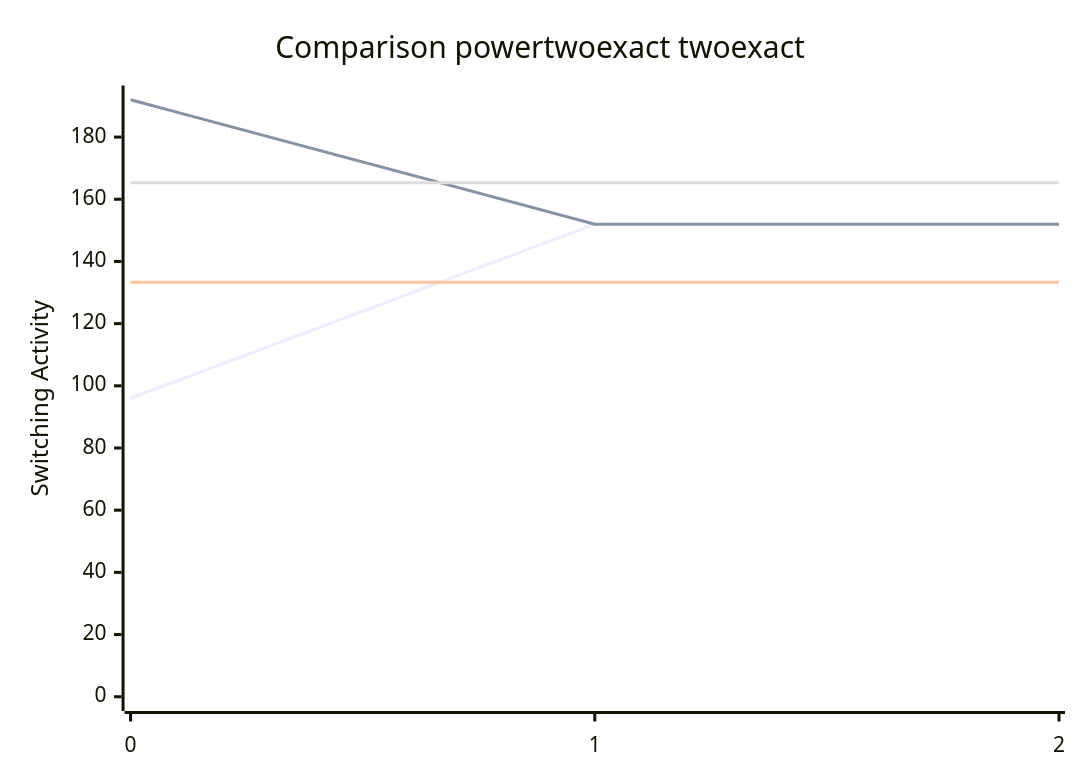
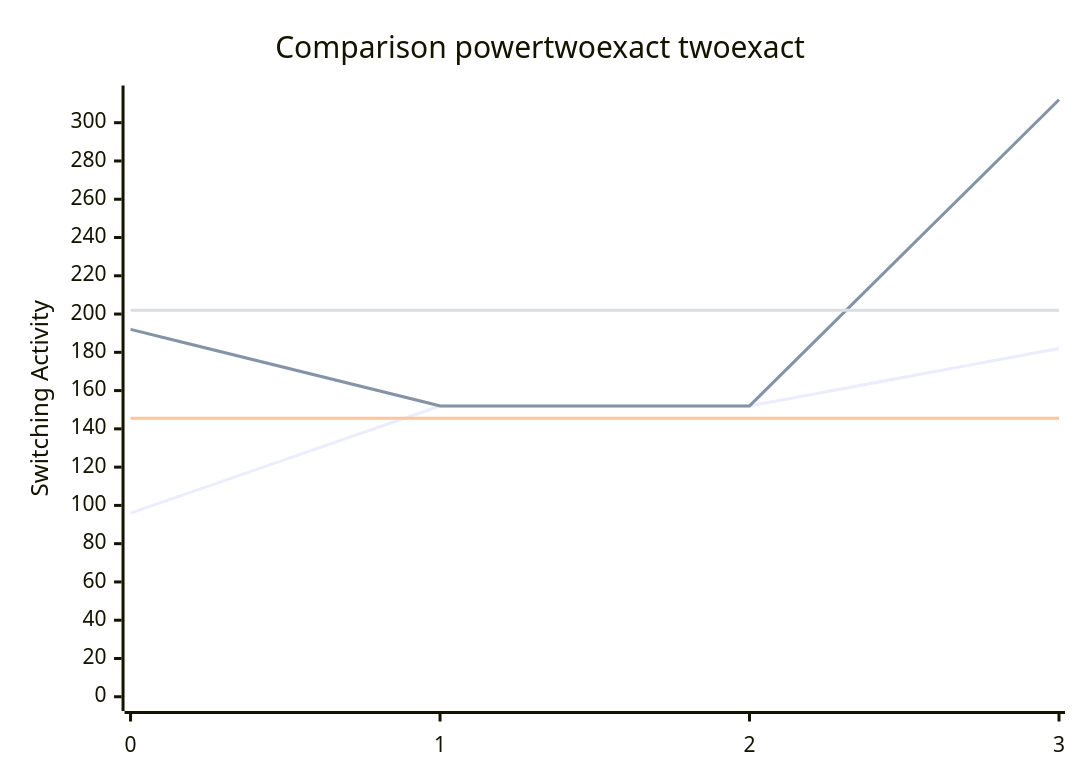
The diagram in benchmark.md (FeldmeierMichael/Exact-Power-Synthesis), drawn with Mermaid before and after one commit. The commit also changed other lines of this file and 2 other files, not shown here.

````diff
--- a/benchmark.md
+++ b/benchmark.md
@@ -17,10 +19,10 @@
 ```mermaid
 xychart-beta
     title "Comparison powertwoexact twoexact"
-    x-axis [0, 1, 2]
-    y-axis "Switching Activity" 0-->192
-    line [96, 152, 152]
-    line [192, 152, 152]
-    line [133.33333333333334, 133.33333333333334, 133.33333333333334]
-    line [165.33333333333334, 165.33333333333334, 165.33333333333334]
+    x-axis [0, 1, 2, 3]
+    y-axis "Switching Activity" 0-->312
+    line [96, 152, 152, 182]
+    line [192, 152, 152, 312]
+    line [145.5, 145.5, 145.5, 145.5]
+    line [202.0, 202.0, 202.0, 202.0]
 ```
````
